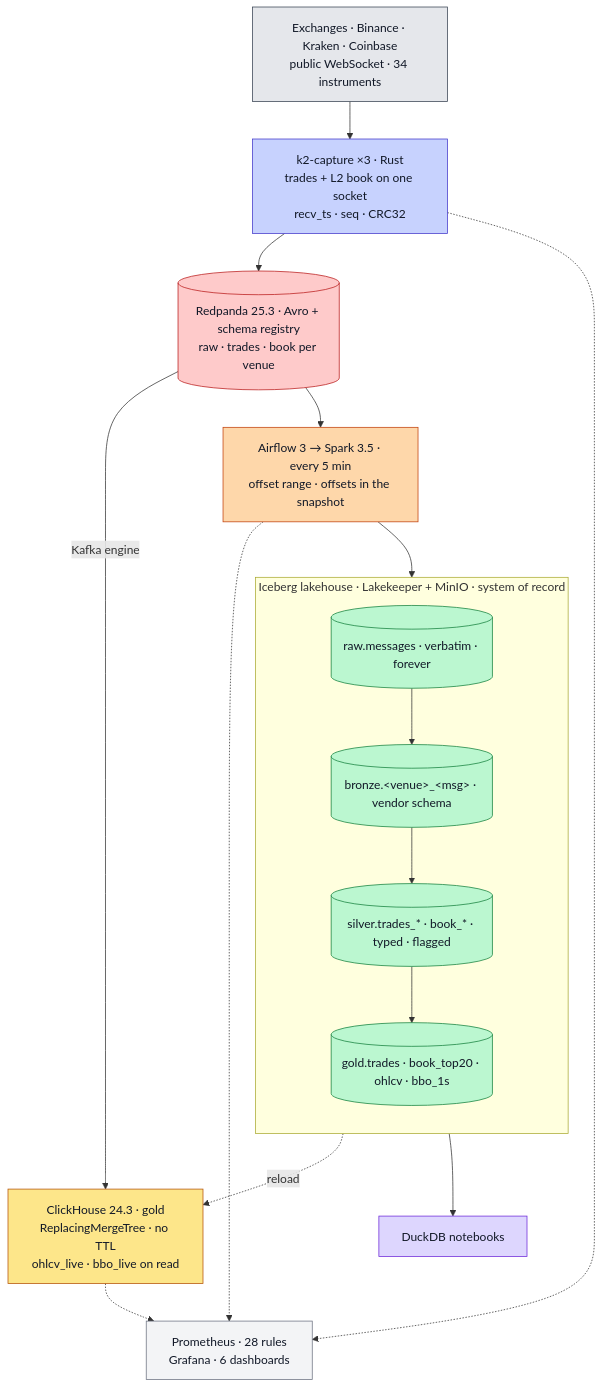
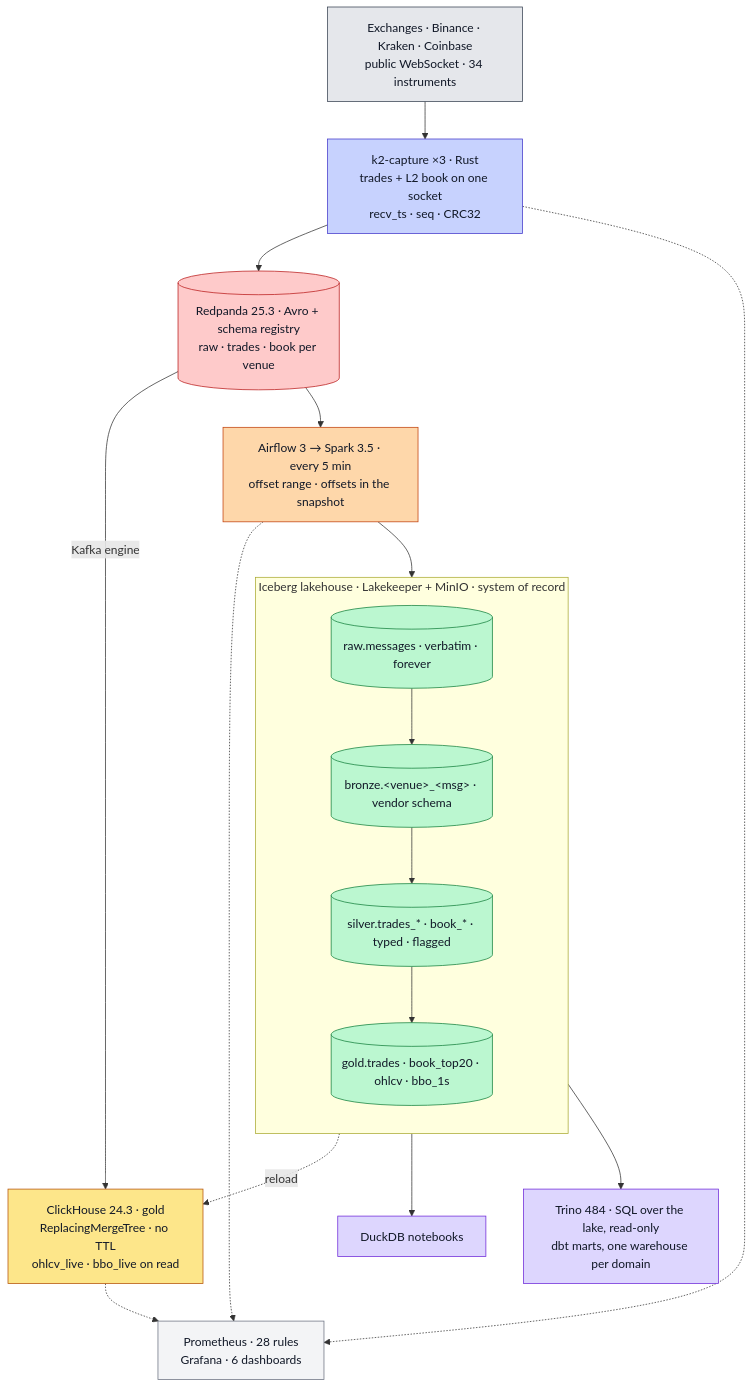
The diagram in README.md (rjdscott/k2-market-data-platform), drawn with Mermaid before and after one commit. The commit also changed other lines of this file and 63 other files, not shown here.

First line of the commit message:
feat(trino): Trino 484, a read-only lake and one mart warehouse per domain; ceiling 25 CPU / 48 GiB (P3, 1 of 3) (#200)

````diff
--- a/README.md
+++ b/README.md
@@ -56,34 +56,36 @@
 ```mermaid
 flowchart TB
   E["Exchanges · Binance · Kraken · Coinbase<br/>public WebSocket · 34 instruments"]:::ex
   F["k2-capture ×3 · Rust<br/>trades + L2 book on one socket<br/>recv_ts · seq · CRC32"]:::rs
   R[("Redpanda 25.3 · Avro + schema registry<br/>raw · trades · book per venue")]:::rp
   C["ClickHouse 24.3 · gold<br/>ReplacingMergeTree · no TTL<br/>ohlcv_live · bbo_live on read"]:::ch
   S["Airflow 3 → Spark 3.5 · every 5 min<br/>offset range · offsets in the snapshot"]:::sp
   subgraph L["Iceberg lakehouse · Lakekeeper + MinIO · system of record"]
     direction TB
     RAW[("raw.messages · verbatim · forever")]:::lk
     BR[("bronze.&lt;venue&gt;_&lt;msg&gt; · vendor schema")]:::lk
     SV[("silver.trades_* · book_* · typed · flagged")]:::lk
     GD[("gold.trades · book_top20 · ohlcv · bbo_1s")]:::lk
     RAW --> BR --> SV --> GD
   end
   N["DuckDB notebooks"]:::nb
+  T["Trino 484 · SQL over the lake, read-only<br/>dbt marts, one warehouse per domain"]:::nb
   O["Prometheus · 28 rules<br/>Grafana · 6 dashboards"]:::ob
 
   E --> F --> R
   R -->|Kafka engine| C
   R --> S --> RAW
   GD -.->|reload| C
   GD --> N
+  L --> T
   F & S & C -.-> O
 
   classDef ex fill:#e5e7eb,stroke:#374151,color:#111827
   classDef rs fill:#c7d2fe,stroke:#4338ca,color:#111827
   classDef rp fill:#fecaca,stroke:#b91c1c,color:#111827
   classDef lk fill:#bbf7d0,stroke:#15803d,color:#111827
   classDef sp fill:#fed7aa,stroke:#c2410c,color:#111827
   classDef ch fill:#fde68a,stroke:#b45309,color:#111827
   classDef nb fill:#ddd6fe,stroke:#6d28d9,color:#111827
   classDef ob fill:#f3f4f6,stroke:#6b7280,color:#111827
 ```
````
